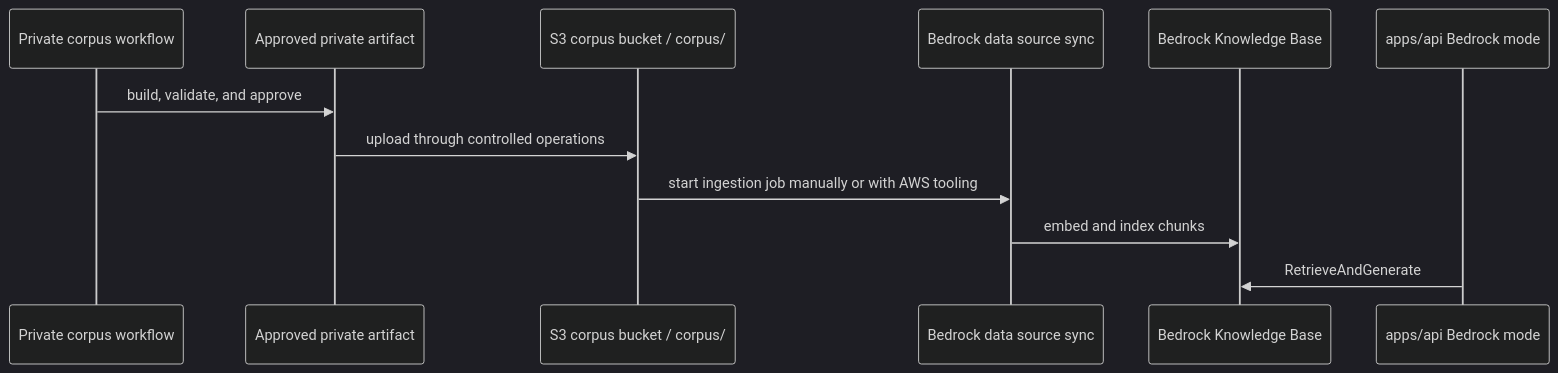
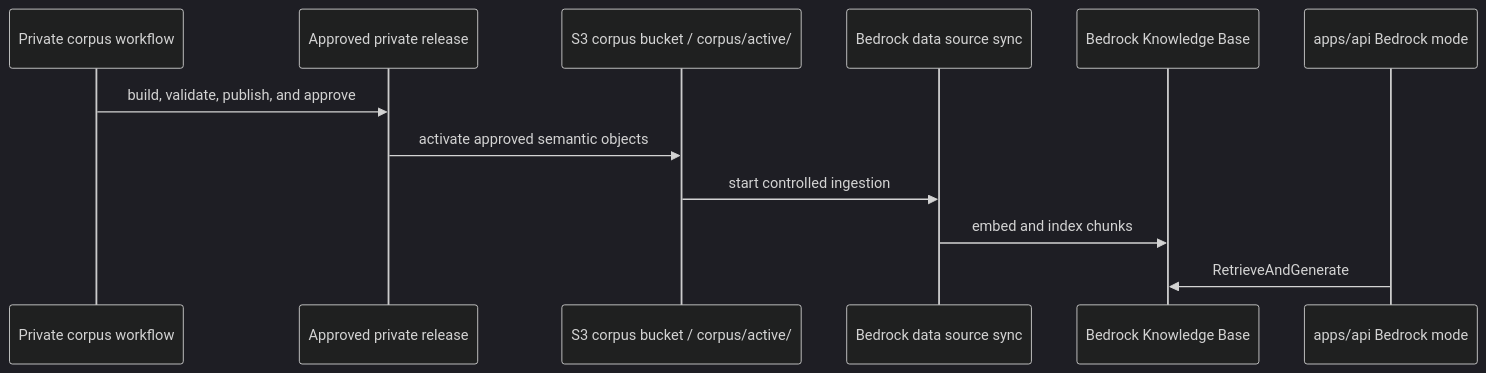
The third of 3 diagrams in docs/bedrock_rag_api_integration.md (ava-collins/simple-tarot), drawn with Mermaid (dark theme) before and after one commit. The commit also changed other lines of this file and 11 other files, not shown here.

Commit message:
feat:bedrock corpus private boundaries

````diff
--- a/docs/bedrock_rag_api_integration.md
+++ b/docs/bedrock_rag_api_integration.md
@@ -237,15 +239,15 @@
 ```mermaid
 sequenceDiagram
     participant Owner as Private corpus workflow
-    participant Artifact as Approved private artifact
-    participant S3 as S3 corpus bucket / corpus/
+    participant Release as Approved private release
+    participant S3 as S3 corpus bucket / corpus/active/
     participant Sync as Bedrock data source sync
     participant KB as Bedrock Knowledge Base
     participant API as apps/api Bedrock mode
 
-    Owner->>Artifact: build, validate, and approve
-    Artifact->>S3: upload through controlled operations
-    S3->>Sync: start ingestion job manually or with AWS tooling
+    Owner->>Release: build, validate, publish, and approve
+    Release->>S3: activate approved semantic objects
+    S3->>Sync: start controlled ingestion
     Sync->>KB: embed and index chunks
     API->>KB: RetrieveAndGenerate
 ```
````
